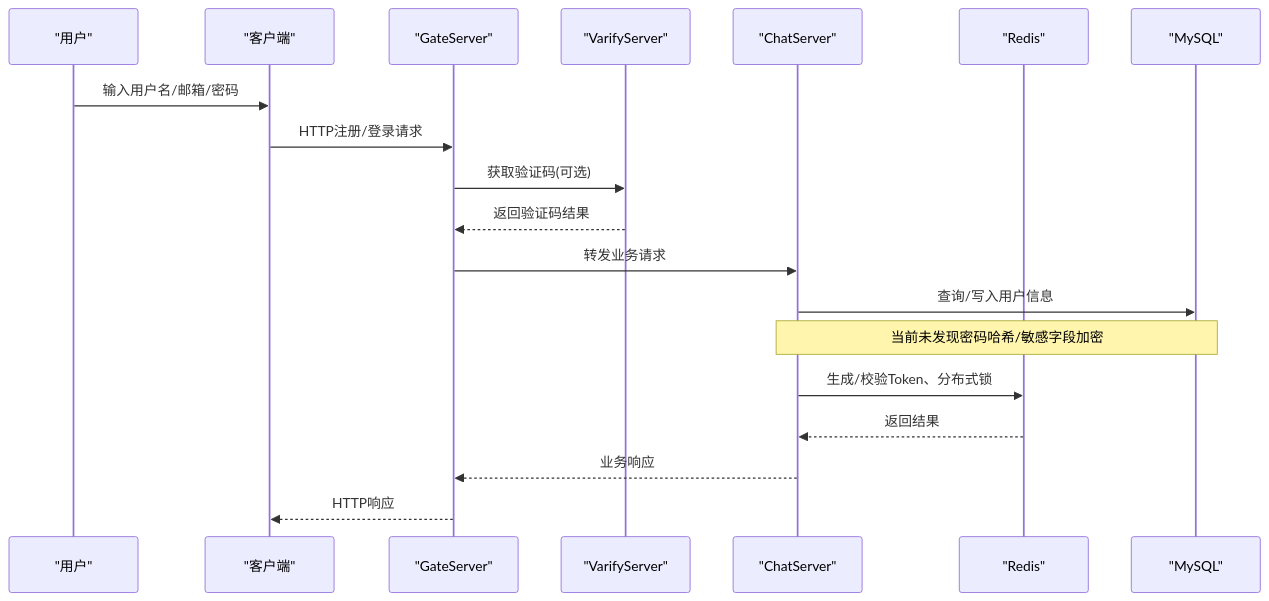
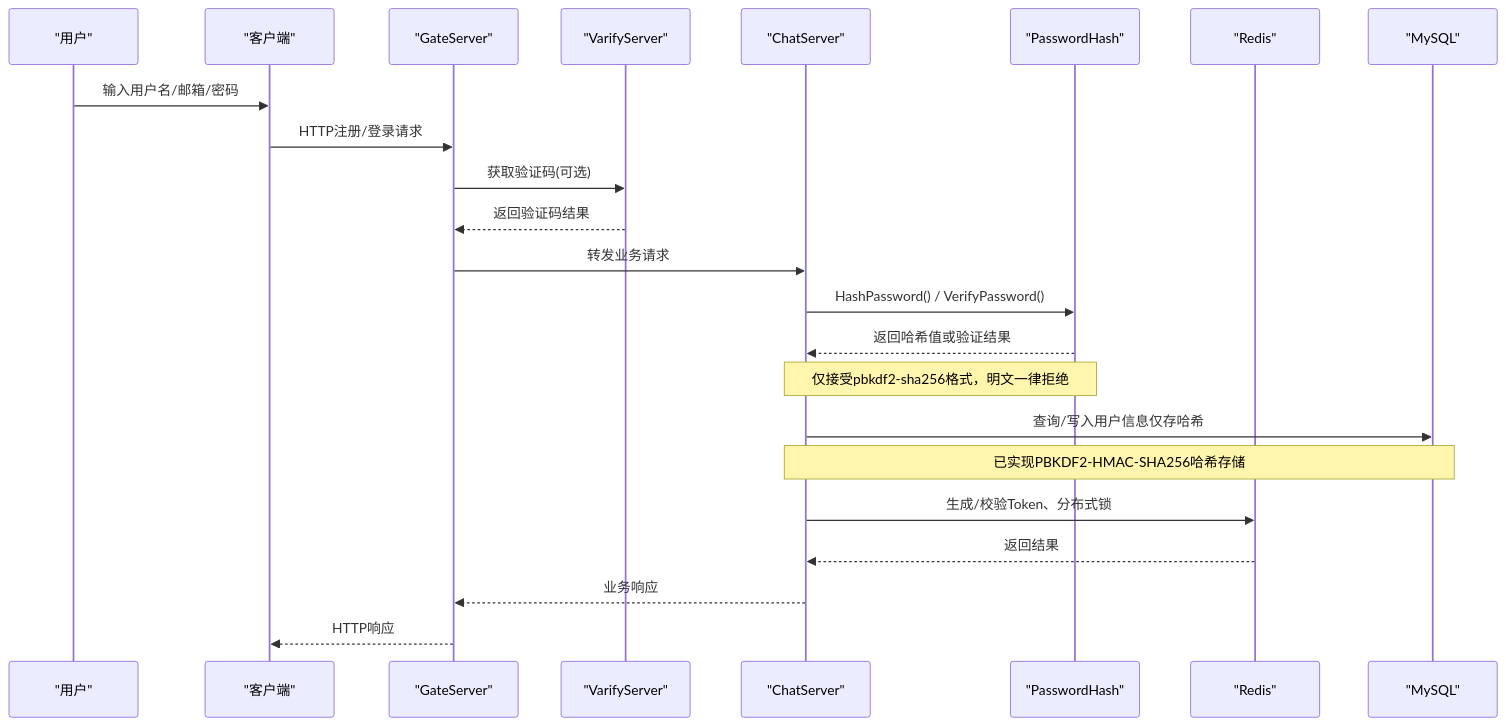
Before and after one commit to echo9923/mychatter: the second of 3 diagrams in .qoder/repowiki/zh/content/安全设计/数据安全保护/数据加密存储.md, drawn with Mermaid. The commit also changed other lines of this file and 58 other files, not shown here.

````diff
--- a/.qoder/repowiki/zh/content/安全设计/数据安全保护/数据加密存储.md
+++ b/.qoder/repowiki/zh/content/安全设计/数据安全保护/数据加密存储.md
@@ -92,21 +106,25 @@
 ```mermaid
 sequenceDiagram
 participant U as "用户"
 participant C as "客户端"
 participant G as "GateServer"
 participant V as "VarifyServer"
 participant S as "ChatServer"
+participant PH as "PasswordHash"
 participant R as "Redis"
 participant DB as "MySQL"
 U->>C : 输入用户名/邮箱/密码
 C->>G : HTTP注册/登录请求
 G->>V : 获取验证码(可选)
 V-->>G : 返回验证码结果
 G->>S : 转发业务请求
-S->>DB : 查询/写入用户信息
-Note over S,DB : 当前未发现密码哈希/敏感字段加密
+S->>PH : HashPassword() / VerifyPassword()
+PH-->>S : 返回哈希值或验证结果
+Note over PH,S : 仅接受pbkdf2-sha256格式，明文一律拒绝
+S->>DB : 查询/写入用户信息仅存哈希
+Note over S,DB : 已实现PBKDF2-HMAC-SHA256哈希存储
 S->>R : 生成/校验Token、分布式锁
 R-->>S : 返回结果
 S-->>G : 业务响应
 G-->>C : HTTP响应
 ```
````
